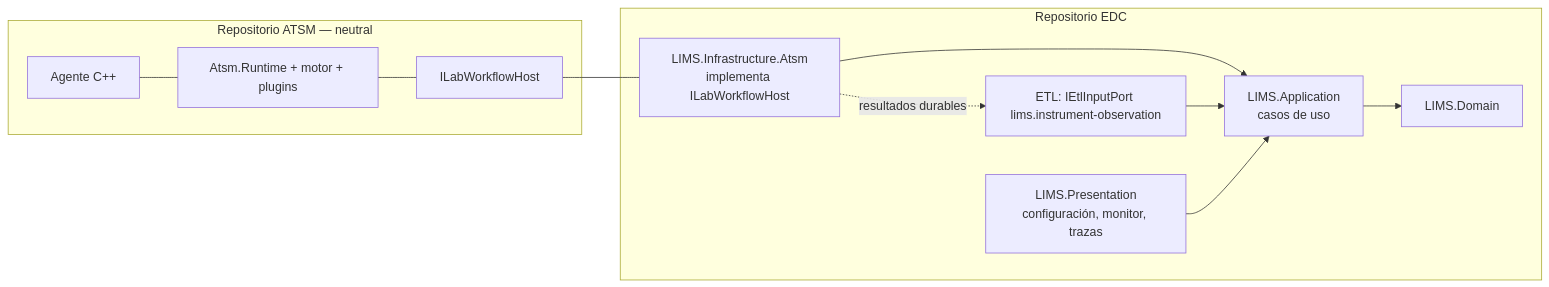
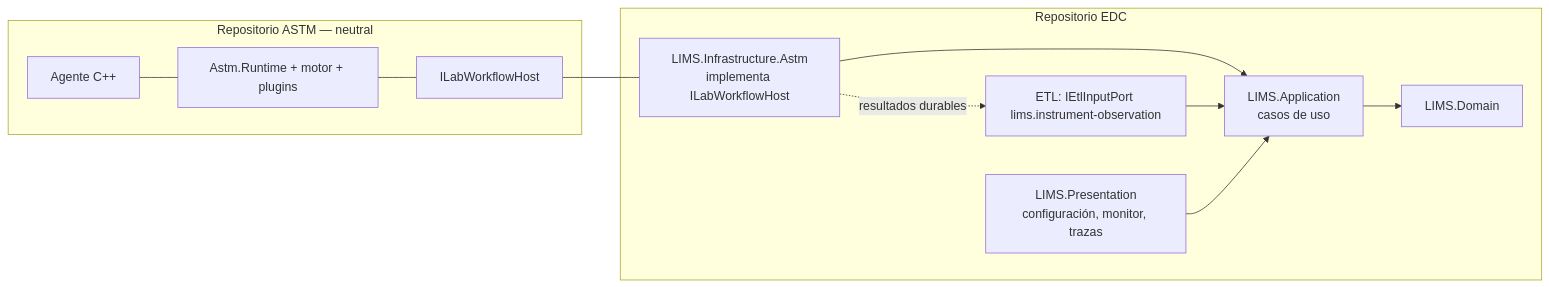
Before and after one commit to kalyx-ar/ASTM: the diagram in Documentacion/INTEGRACION-EDC.md, drawn with Mermaid. The commit also changed other lines of this file and 447 other files, not shown here.

````diff
--- a/Documentacion/INTEGRACION-EDC.md
+++ b/Documentacion/INTEGRACION-EDC.md
@@ -7,15 +7,15 @@
 ```mermaid
 flowchart LR
-    subgraph ATSM [Repositorio ATSM — neutral]
-      AG[Agente C++] --- RT[Atsm.Runtime + motor + plugins]
+    subgraph ASTM [Repositorio ASTM — neutral]
+      AG[Agente C++] --- RT[Astm.Runtime + motor + plugins]
       RT --- HP[ILabWorkflowHost]
     end
     subgraph EDC [Repositorio EDC]
-      AD[LIMS.Infrastructure.Atsm<br/>implementa ILabWorkflowHost] --> APP[LIMS.Application<br/>casos de uso]
+      AD[LIMS.Infrastructure.Astm<br/>implementa ILabWorkflowHost] --> APP[LIMS.Application<br/>casos de uso]
       APP --> DOM[LIMS.Domain]
       AD -.resultados durables.-> ETL[ETL: IEtlInputPort lims.instrument-observation]
       ETL --> APP
       PRES[LIMS.Presentation<br/>configuración, monitor, trazas] --> APP
     end
     HP --- AD
 ```
````
